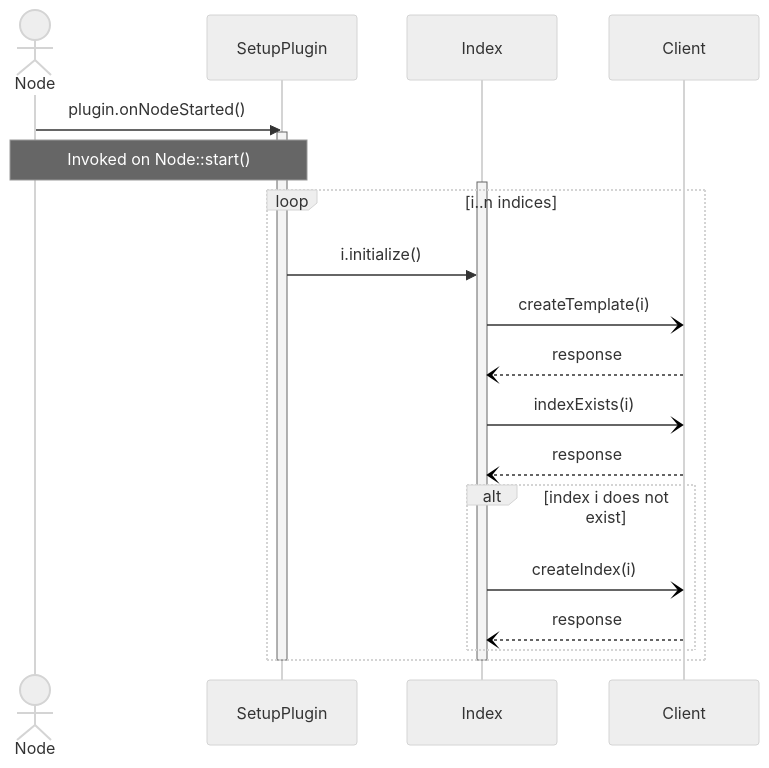
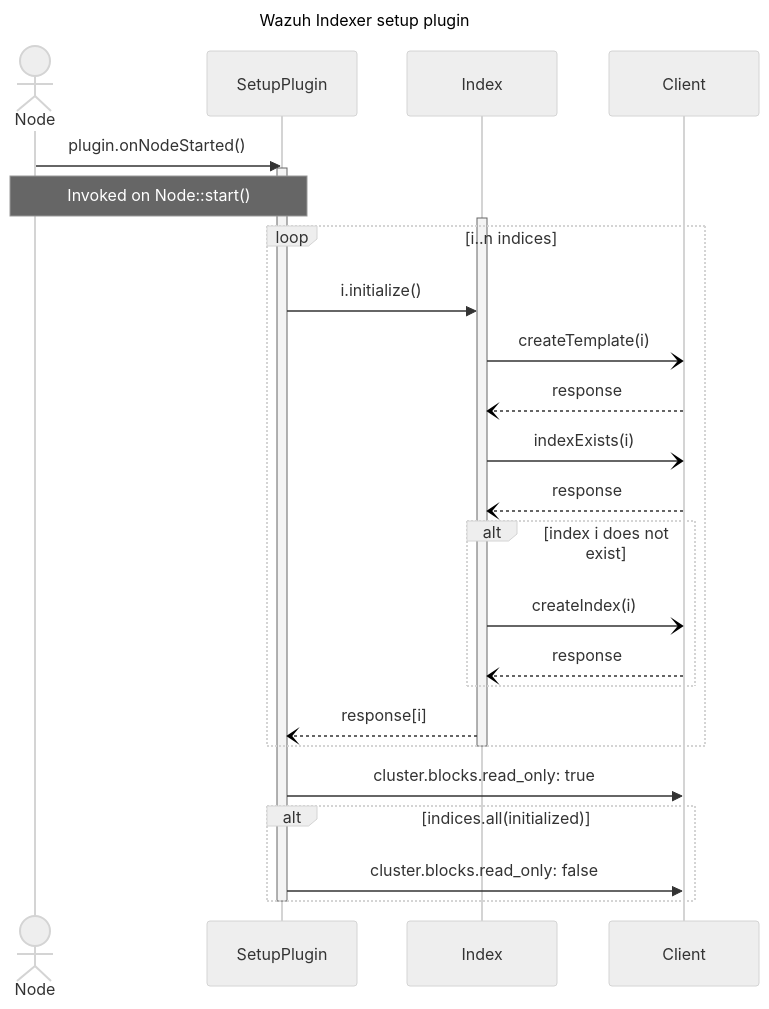
One commit to wazuh/wazuh-indexer-plugins changed the second of 2 diagrams in docs/ref/modules/setup/architecture.md. Above: the diagram before and after it, drawn with Mermaid (neutral theme). The commit also changed other lines of this file, not shown here.

Commit message:
Update documentation diagrams

````diff
--- a/docs/ref/modules/setup/architecture.md
+++ b/docs/ref/modules/setup/architecture.md
@@ -79,29 +79,42 @@
 ```mermaid
+---
+title: Wazuh Indexer setup plugin
+---
 sequenceDiagram
     actor Node
     participant SetupPlugin
     participant Index
     participant Client
     Node->>SetupPlugin: plugin.onNodeStarted()
     activate SetupPlugin
+
+
     Note over Node,SetupPlugin: Invoked on Node::start()
 
     activate Index
     loop i..n indices
         SetupPlugin->>Index: i.initialize()
 
 
         Index-)Client: createTemplate(i)
         Client--)Index: response
 
         Index-)Client: indexExists(i)
         Client--)Index: response
         alt index i does not exist
             Index-)Client: createIndex(i)
             Client--)Index: response
         end
+
+        Index--)SetupPlugin: response[i]
+    end
+    
+    deactivate Index
+
+    SetupPlugin->>Client:  cluster.blocks.read_only: true
+    alt indices.all(initialized)
+        SetupPlugin->>Client:  cluster.blocks.read_only: false
     end
 
-    deactivate Index
     deactivate SetupPlugin
 ```
````
